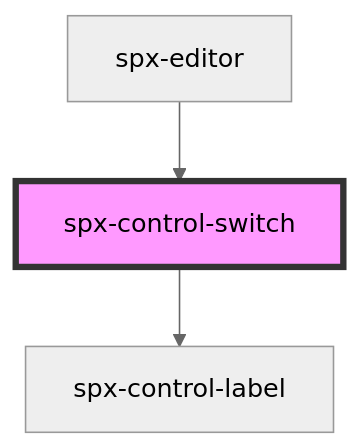
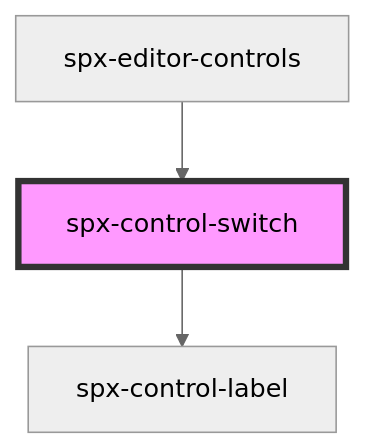
Before and after one commit to dnnsjsk/spx: the diagram in stencil/src/components/controls/spx-control-switch/readme.md, drawn with Mermaid (neutral theme). The commit also changed other lines of this file and 285 other files, not shown here.

````diff
--- a/stencil/src/components/controls/spx-control-switch/readme.md
+++ b/stencil/src/components/controls/spx-control-switch/readme.md
@@ -28,6 +27,6 @@
 ```mermaid
 graph TD;
   spx-control-switch --> spx-control-label
-  spx-editor --> spx-control-switch
+  spx-editor-controls --> spx-control-switch
   style spx-control-switch fill:#f9f,stroke:#333,stroke-width:4px
 ```
````
